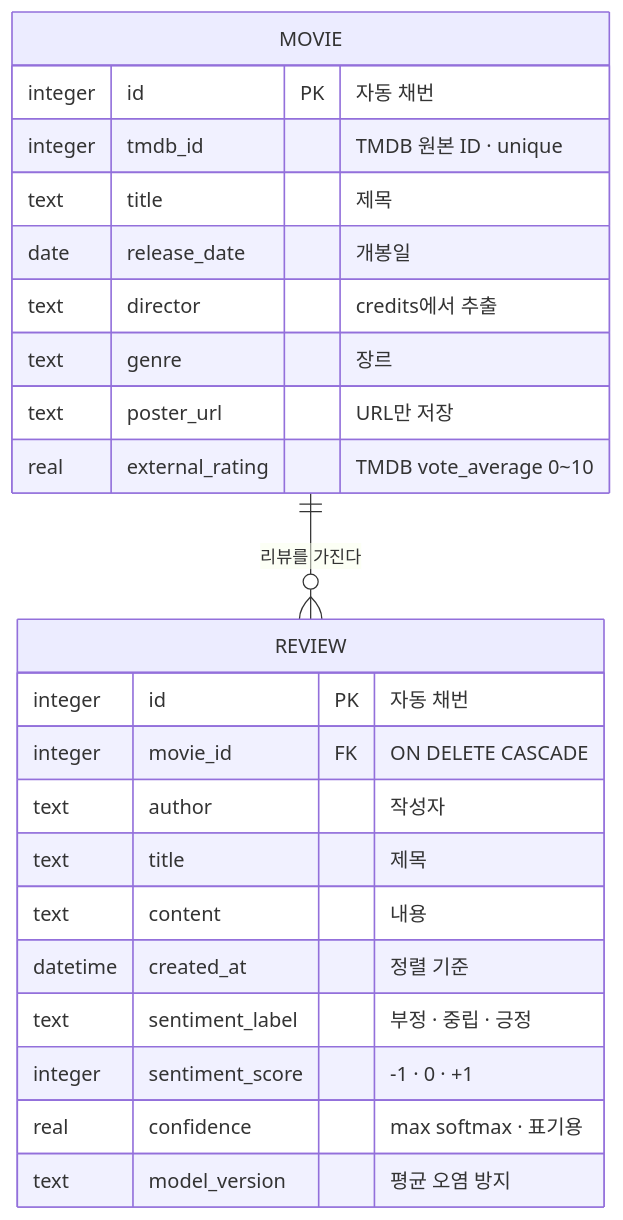
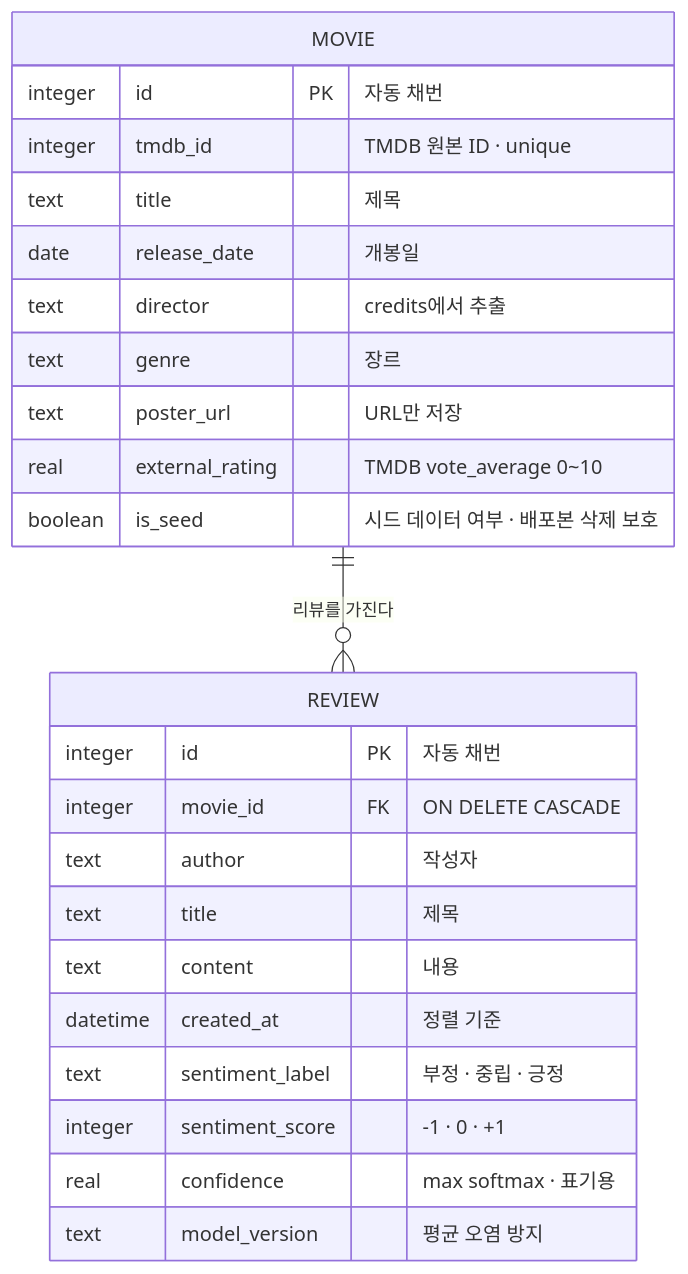
Before and after one commit to Yopkigom/codeit-kdt-missions: the third of 8 diagrams in mission18/docs/plan/architecture.md, drawn with Mermaid. The commit also changed 18 other files, not shown here.

````diff
--- a/mission18/docs/plan/architecture.md
+++ b/mission18/docs/plan/architecture.md
@@ -79,28 +79,29 @@
 ```mermaid
 erDiagram
     MOVIE ||--o{ REVIEW : "리뷰를 가진다"
 
     MOVIE {
         integer id PK "자동 채번"
         integer tmdb_id "TMDB 원본 ID · unique"
         text title "제목"
         date release_date "개봉일"
         text director "credits에서 추출"
         text genre "장르"
         text poster_url "URL만 저장"
         real external_rating "TMDB vote_average 0~10"
+        boolean is_seed "시드 데이터 여부 · 배포본 삭제 보호"
     }
 
     REVIEW {
         integer id PK "자동 채번"
         integer movie_id FK "ON DELETE CASCADE"
         text author "작성자"
         text title "제목"
         text content "내용"
         datetime created_at "정렬 기준"
         text sentiment_label "부정 · 중립 · 긍정"
         integer sentiment_score "-1 · 0 · +1"
         real confidence "max softmax · 표기용"
         text model_version "평균 오염 방지"
     }
 ```
````
